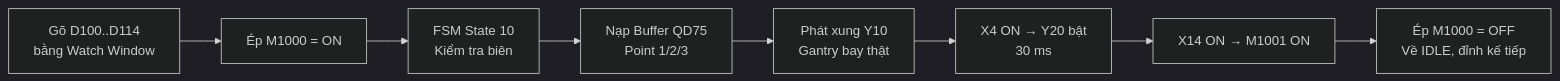
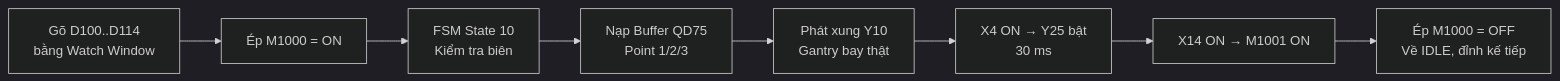
The diagram in PLC/Mitsubishi/Sources_20261019/Docs/Session2_BenchTest_Without_TwinCAT.md (AnhNguyen-2104/DATN), drawn with Mermaid (dark theme) before and after one commit. The commit also changed other lines of this file and 80 other files, not shown here.

````diff
--- a/PLC/Mitsubishi/Sources_20261019/Docs/Session2_BenchTest_Without_TwinCAT.md
+++ b/PLC/Mitsubishi/Sources_20261019/Docs/Session2_BenchTest_Without_TwinCAT.md
@@ -14,10 +19,10 @@
 ```mermaid
 flowchart LR
     A[Gõ D100..D114<br/>bằng Watch Window] --> B[Ép M1000 = ON]
     B --> C[FSM State 10<br/>Kiểm tra biên]
     C --> D[Nạp Buffer QD75<br/>Point 1/2/3]
     D --> E[Phát xung Y10<br/>Gantry bay thật]
-    E --> F[X4 ON → Y20 bật<br/>30 ms]
+    E --> F[X4 ON → Y25 bật<br/>30 ms]
     F --> G[X14 ON → M1001 ON]
     G --> H[Ép M1000 = OFF<br/>Về IDLE, đỉnh kế tiếp]
 ```
````
